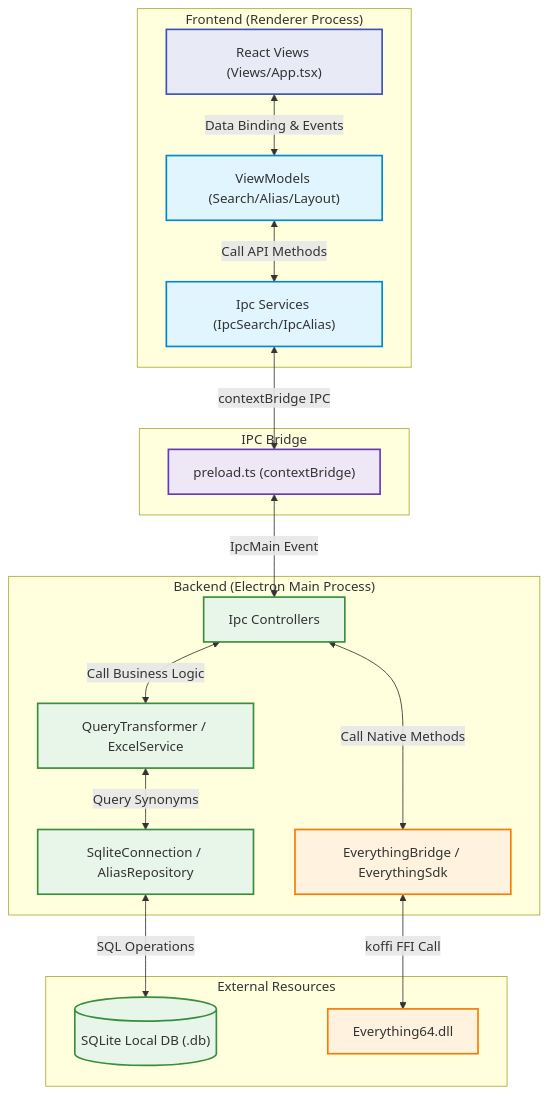
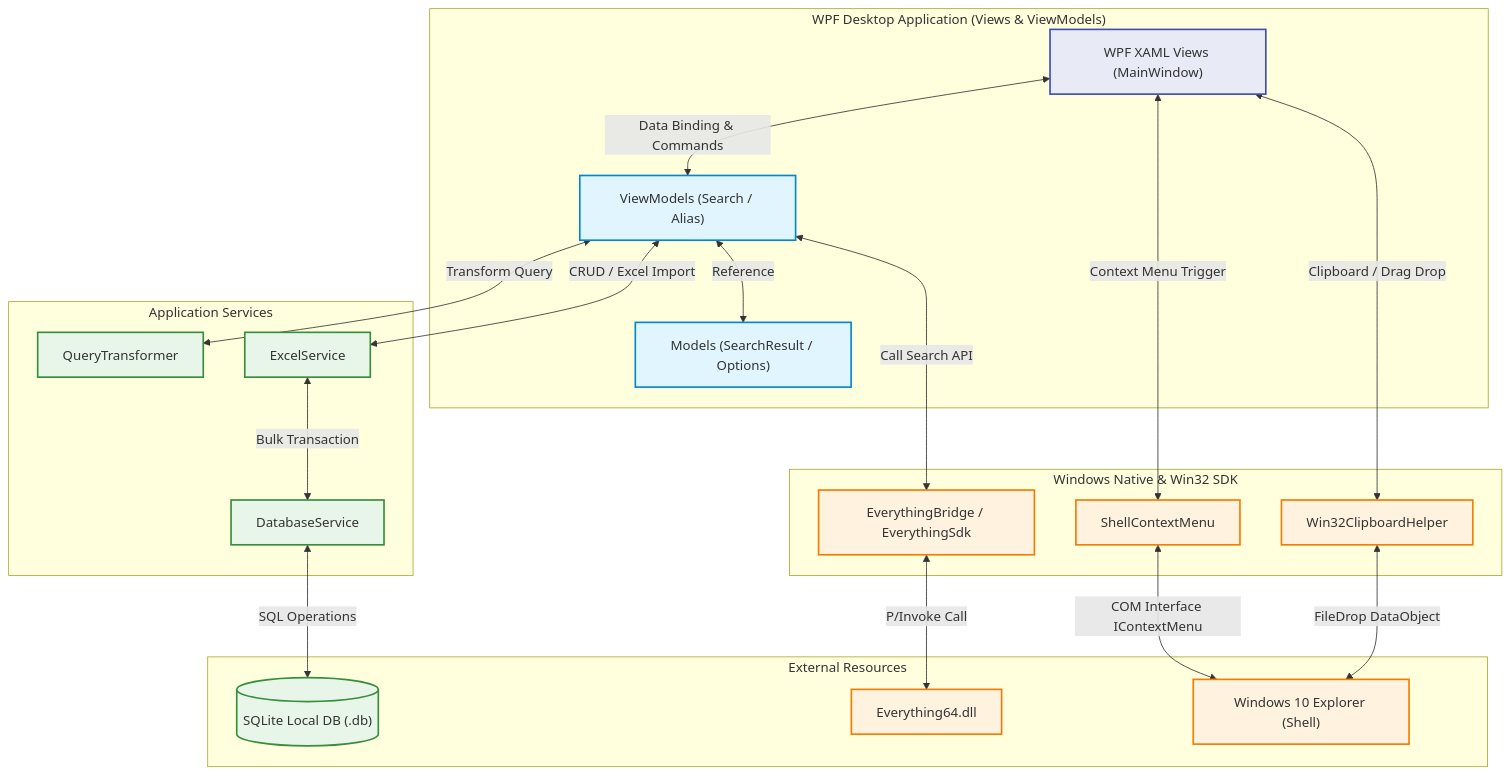
The diagram in docs/memories/overview.md (kammu6/Everything-FastAlias), drawn with Mermaid before and after one commit. The commit also changed other lines of this file and 44 other files, not shown here.

````diff
--- a/docs/memories/overview.md
+++ b/docs/memories/overview.md
@@ -95,40 +105,44 @@
 ```mermaid
 graph TD
     classDef ui fill:#E8EAF6,stroke:#3F51B5,stroke-width:2px;
     classDef vm fill:#E1F5FE,stroke:#0288D1,stroke-width:2px;
-    classDef ipc fill:#EDE7F6,stroke:#673AB7,stroke-width:2px;
-    classDef backend fill:#E8F5E9,stroke:#388E3C,stroke-width:2px;
+    classDef service fill:#E8F5E9,stroke:#388E3C,stroke-width:2px;
     classDef native fill:#FFF3E0,stroke:#F57C00,stroke-width:2px;
 
-    subgraph "Frontend (Renderer Process)"
-        A["React Views (Views/App.tsx)"]:::ui
-        B["ViewModels (Search/Alias/Layout)"]:::vm
-        C["Ipc Services (IpcSearch/IpcAlias)"]:::vm
+    subgraph "WPF Desktop Application (Views & ViewModels)"
+        A["WPF XAML Views (MainWindow)"]:::ui
+        B["ViewModels (Search / Alias)"]:::vm
+        C["Models (SearchResult / Options)"]:::vm
     end
 
-    subgraph "IPC Bridge"
-        D["preload.ts (contextBridge)"]:::ipc
+    subgraph "Application Services"
+        D["QueryTransformer"]:::service
+        E["ExcelService"]:::service
+        F["DatabaseService"]:::service
     end
 
-    subgraph "Backend (Electron Main Process)"
-        E["Ipc Controllers"]:::backend
-        F["QueryTransformer / ExcelService"]:::backend
-        G["SqliteConnection / AliasRepository"]:::backend
-        H["EverythingBridge / EverythingSdk"]:::native
+    subgraph "Windows Native & Win32 SDK"
+        G["EverythingBridge / EverythingSdk"]:::native
+        H["ShellContextMenu"]:::native
+        I["Win32ClipboardHelper"]:::native
     end
 
     subgraph "External Resources"
-        I[("SQLite Local DB (.db)")]:::backend
-        J["Everything64.dll"]:::native
+        J[("SQLite Local DB (.db)")]:::service
+        K["Everything64.dll"]:::native
+        L["Windows 10 Explorer (Shell)"]:::native
     end
 
-    A <-->|Data Binding & Events| B
-    B <-->|Call API Methods| C
-    C <-->|contextBridge IPC| D
-    D <-->|IpcMain Event| E
-    E <-->|Call Business Logic| F
-    E <-->|Call Native Methods| H
-    F <-->|Query Synonyms| G
-    G <-->|SQL Operations| I
-    H <-->|koffi FFI Call| J
+    A <-->|Data Binding & Commands| B
+    B <-->|Reference| C
+    B <-->|Transform Query| D
+    B <-->|CRUD / Excel Import| E
+    B <-->|Call Search API| G
+    A <-->|Context Menu Trigger| H
+    A <-->|Clipboard / Drag Drop| I
+    E <-->|Bulk Transaction| F
+    F <-->|SQL Operations| J
+    G <-->|P/Invoke Call| K
+    H <-->|COM Interface IContextMenu| L
+    I <-->|FileDrop DataObject| L
 ```
````
